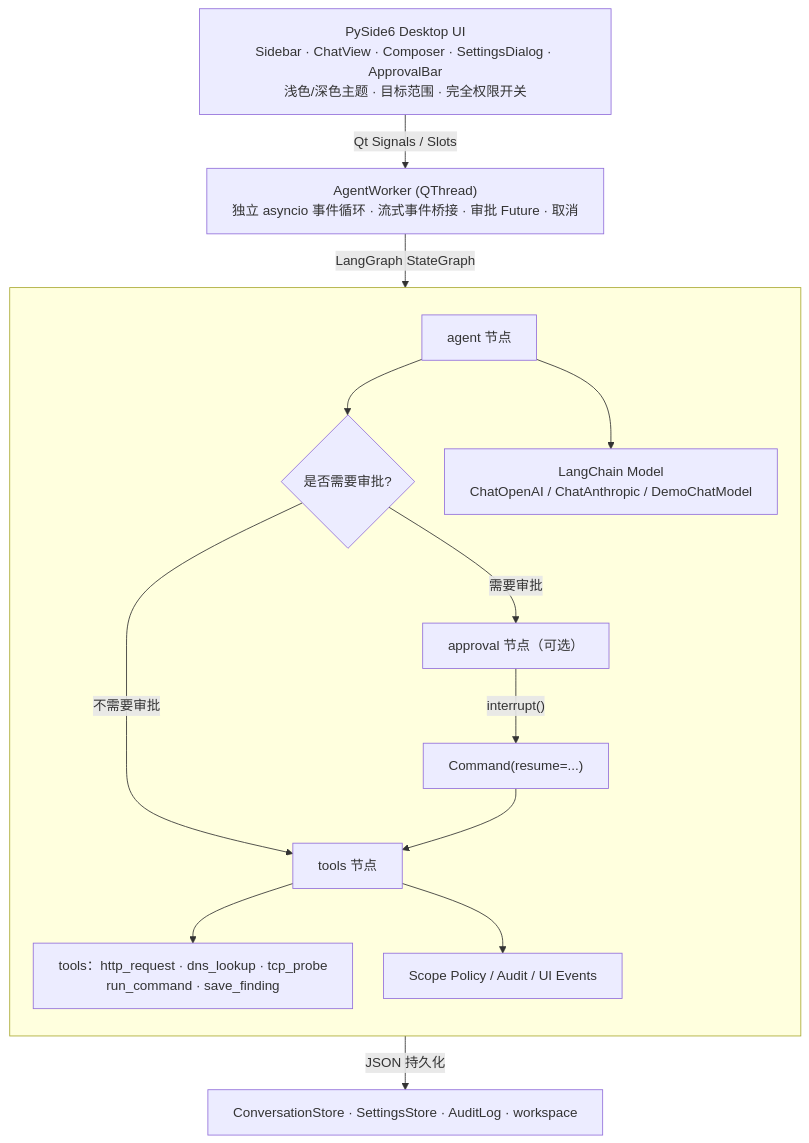
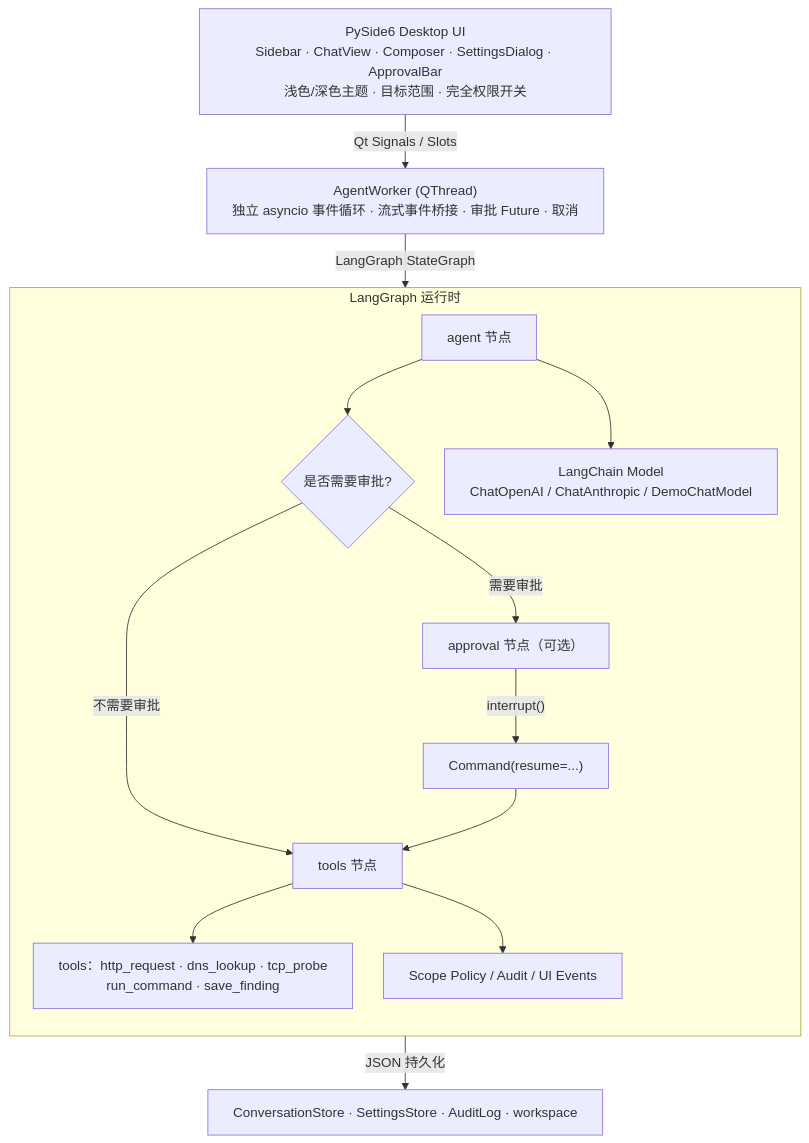
One commit to Surysaki/surysaki.github.io changed the fourth of 6 diagrams in content/posts/SSsec/index.md. Above: the diagram before and after it, drawn with Mermaid. The commit also changed other lines of this file, not shown here.

````diff
--- a/content/posts/SSsec/index.md
+++ b/content/posts/SSsec/index.md
@@ -430,33 +430,33 @@
 ```mermaid
 %%{init: {"flowchart": {"nodeSpacing": 36, "rankSpacing": 40, "wrappingWidth": 430}}}%%
 flowchart TB
     UI["PySide6 Desktop UI<br/>Sidebar · ChatView · Composer · SettingsDialog · ApprovalBar<br/>浅色/深色主题 · 目标范围 · 完全权限开关"]
 
     W["AgentWorker (QThread)<br/>独立 asyncio 事件循环 · 流式事件桥接 · 审批 Future · 取消"]
 
-    subgraph SG[" "]
+    subgraph SG["LangGraph 运行时"]
         direction TB
         A["agent 节点"]
         Q{"是否需要审批?"}
         AP["approval 节点（可选）"]
         T["tools 节点"]
         M["LangChain Model<br/>ChatOpenAI / ChatAnthropic / DemoChatModel"]
         TL["tools：http_request · dns_lookup · tcp_probe<br/>run_command · save_finding"]
         P["Scope Policy / Audit / UI Events"]
         R["Command(resume=...)"]
     end
 
     DB["ConversationStore · SettingsStore · AuditLog · workspace"]
 
     UI -- "Qt Signals / Slots" --> W
     W -- "LangGraph StateGraph" --> A
     A --> Q
     A --> M
     Q -- "需要审批" --> AP
     Q -- "不需要审批" --> T
     AP -- "interrupt()" --> R
     R --> T
     T --> TL
     T --> P
     P -- "JSON 持久化" --> DB
 ```
````
